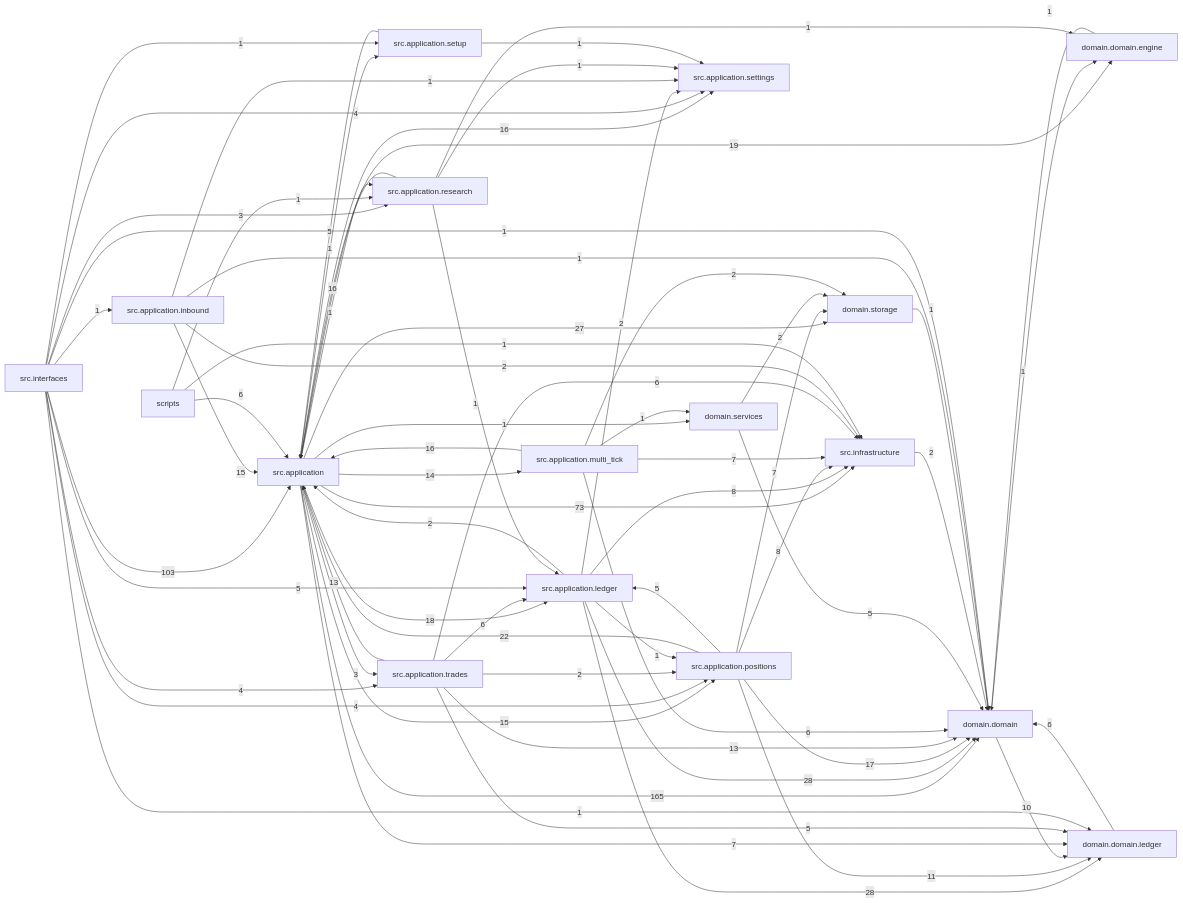
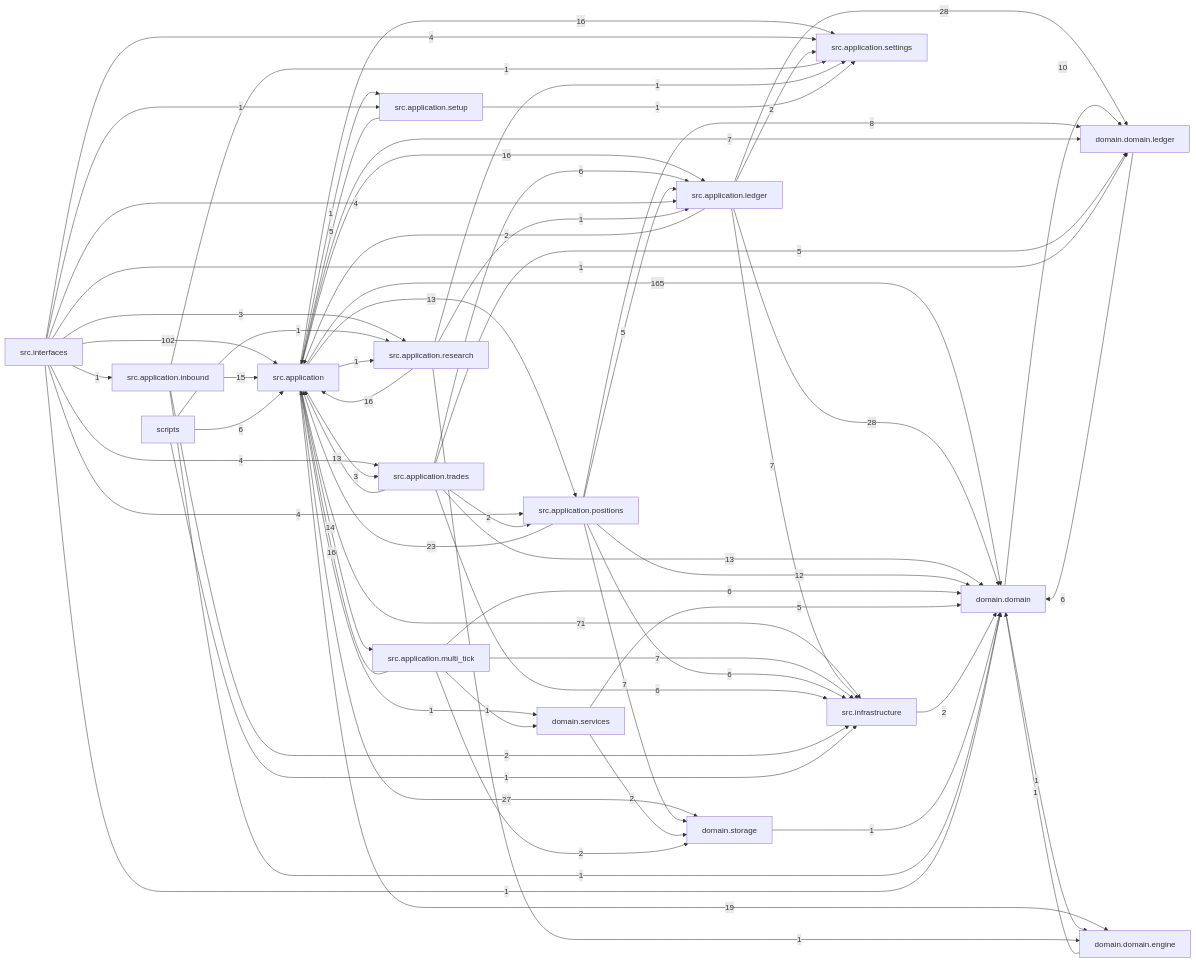
The diagram in docs/dependency_graph.mmd (liuxie066/options-monitor), drawn with Mermaid before and after one commit. The commit also changed 46 other files, not shown here.

```diff
--- a/docs/dependency_graph.mmd
+++ b/docs/dependency_graph.mmd
@@ -1,68 +1,67 @@
 flowchart LR
   src_application["src.application"] -->|165| domain_domain["domain.domain"]
-  src_interfaces["src.interfaces"] -->|103| src_application["src.application"]
-  src_application["src.application"] -->|73| src_infrastructure["src.infrastructure"]
+  src_interfaces["src.interfaces"] -->|102| src_application["src.application"]
+  src_application["src.application"] -->|71| src_infrastructure["src.infrastructure"]
   src_application_ledger["src.application.ledger"] -->|28| domain_domain["domain.domain"]
   src_application_ledger["src.application.ledger"] -->|28| domain_domain_ledger["domain.domain.ledger"]
   src_application["src.application"] -->|27| domain_storage["domain.storage"]
-  src_application_positions["src.application.positions"] -->|22| src_application["src.application"]
+  src_application_positions["src.application.positions"] -->|23| src_application["src.application"]
   src_application["src.application"] -->|19| domain_domain_engine["domain.domain.engine"]
-  src_application["src.application"] -->|18| src_application_ledger["src.application.ledger"]
-  src_application_positions["src.application.positions"] -->|17| domain_domain["domain.domain"]
+  src_application["src.application"] -->|16| src_application_ledger["src.application.ledger"]
   src_application["src.application"] -->|16| src_application_settings["src.application.settings"]
   src_application_multi_tick["src.application.multi_tick"] -->|16| src_application["src.application"]
   src_application_research["src.application.research"] -->|16| src_application["src.application"]
-  src_application["src.application"] -->|15| src_application_positions["src.application.positions"]
   src_application_inbound["src.application.inbound"] -->|15| src_application["src.application"]
   src_application["src.application"] -->|14| src_application_multi_tick["src.application.multi_tick"]
+  src_application["src.application"] -->|13| src_application_positions["src.application.positions"]
   src_application_trades["src.application.trades"] -->|13| domain_domain["domain.domain"]
   src_application_trades["src.application.trades"] -->|13| src_application["src.application"]
-  src_application_positions["src.application.positions"] -->|11| domain_domain_ledger["domain.domain.ledger"]
+  src_application_positions["src.application.positions"] -->|12| domain_domain["domain.domain"]
   domain_domain["domain.domain"] -->|10| domain_domain_ledger["domain.domain.ledger"]
-  src_application_ledger["src.application.ledger"] -->|8| src_infrastructure["src.infrastructure"]
-  src_application_positions["src.application.positions"] -->|8| src_infrastructure["src.infrastructure"]
+  src_application_positions["src.application.positions"] -->|8| domain_domain_ledger["domain.domain.ledger"]
   src_application["src.application"] -->|7| domain_domain_ledger["domain.domain.ledger"]
+  src_application_ledger["src.application.ledger"] -->|7| src_infrastructure["src.infrastructure"]
   src_application_multi_tick["src.application.multi_tick"] -->|7| src_infrastructure["src.infrastructure"]
   src_application_positions["src.application.positions"] -->|7| domain_storage["domain.storage"]
   domain_domain_ledger["domain.domain.ledger"] -->|6| domain_domain["domain.domain"]
   scripts["scripts"] -->|6| src_application["src.application"]
   src_application_multi_tick["src.application.multi_tick"] -->|6| domain_domain["domain.domain"]
+  src_application_positions["src.application.positions"] -->|6| src_infrastructure["src.infrastructure"]
   src_application_trades["src.application.trades"] -->|6| src_application_ledger["src.application.ledger"]
   src_application_trades["src.application.trades"] -->|6| src_infrastructure["src.infrastructure"]
   domain_services["domain.services"] -->|5| domain_domain["domain.domain"]
   src_application_positions["src.application.positions"] -->|5| src_application_ledger["src.application.ledger"]
   src_application_setup["src.application.setup"] -->|5| src_application["src.application"]
   src_application_trades["src.application.trades"] -->|5| domain_domain_ledger["domain.domain.ledger"]
-  src_interfaces["src.interfaces"] -->|5| src_application_ledger["src.application.ledger"]
+  src_interfaces["src.interfaces"] -->|4| src_application_ledger["src.application.ledger"]
   src_interfaces["src.interfaces"] -->|4| src_application_positions["src.application.positions"]
   src_interfaces["src.interfaces"] -->|4| src_application_settings["src.application.settings"]
   src_interfaces["src.interfaces"] -->|4| src_application_trades["src.application.trades"]
   src_application["src.application"] -->|3| src_application_trades["src.application.trades"]
   src_interfaces["src.interfaces"] -->|3| src_application_research["src.application.research"]
   domain_services["domain.services"] -->|2| domain_storage["domain.storage"]
   src_application_inbound["src.application.inbound"] -->|2| src_infrastructure["src.infrastructure"]
   src_application_ledger["src.application.ledger"] -->|2| src_application["src.application"]
   src_application_ledger["src.application.ledger"] -->|2| src_application_settings["src.application.settings"]
   src_application_multi_tick["src.application.multi_tick"] -->|2| domain_storage["domain.storage"]
   src_application_trades["src.application.trades"] -->|2| src_application_positions["src.application.positions"]
   src_infrastructure["src.infrastructure"] -->|2| domain_domain["domain.domain"]
   domain_domain["domain.domain"] -->|1| domain_domain_engine["domain.domain.engine"]
   domain_domain_engine["domain.domain.engine"] -->|1| domain_domain["domain.domain"]
   domain_storage["domain.storage"] -->|1| domain_domain["domain.domain"]
   scripts["scripts"] -->|1| src_application_research["src.application.research"]
   scripts["scripts"] -->|1| src_infrastructure["src.infrastructure"]
   src_application["src.application"] -->|1| domain_services["domain.services"]
   src_application["src.application"] -->|1| src_application_research["src.application.research"]
   src_application["src.application"] -->|1| src_application_setup["src.application.setup"]
   src_application_inbound["src.application.inbound"] -->|1| domain_domain["domain.domain"]
   src_application_inbound["src.application.inbound"] -->|1| src_application_settings["src.application.settings"]
-  src_application_ledger["src.application.ledger"] -->|1| src_application_positions["src.application.positions"]
   src_application_multi_tick["src.application.multi_tick"] -->|1| domain_services["domain.services"]
   src_application_research["src.application.research"] -->|1| domain_domain_engine["domain.domain.engine"]
   src_application_research["src.application.research"] -->|1| src_application_ledger["src.application.ledger"]
   src_application_research["src.application.research"] -->|1| src_application_settings["src.application.settings"]
   src_application_setup["src.application.setup"] -->|1| src_application_settings["src.application.settings"]
   src_interfaces["src.interfaces"] -->|1| domain_domain["domain.domain"]
   src_interfaces["src.interfaces"] -->|1| domain_domain_ledger["domain.domain.ledger"]
   src_interfaces["src.interfaces"] -->|1| src_application_inbound["src.application.inbound"]
   src_interfaces["src.interfaces"] -->|1| src_application_setup["src.application.setup"]
```
